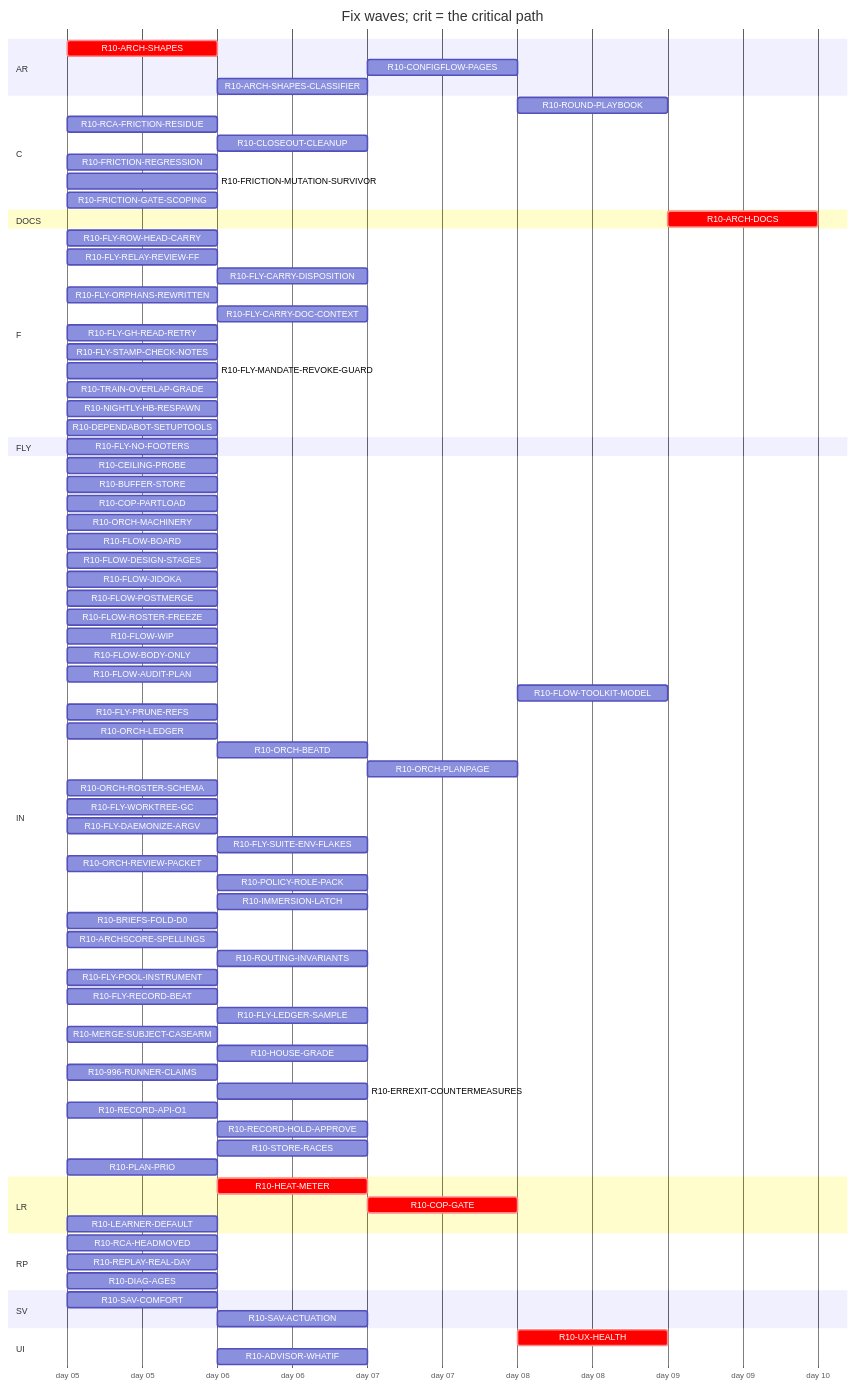
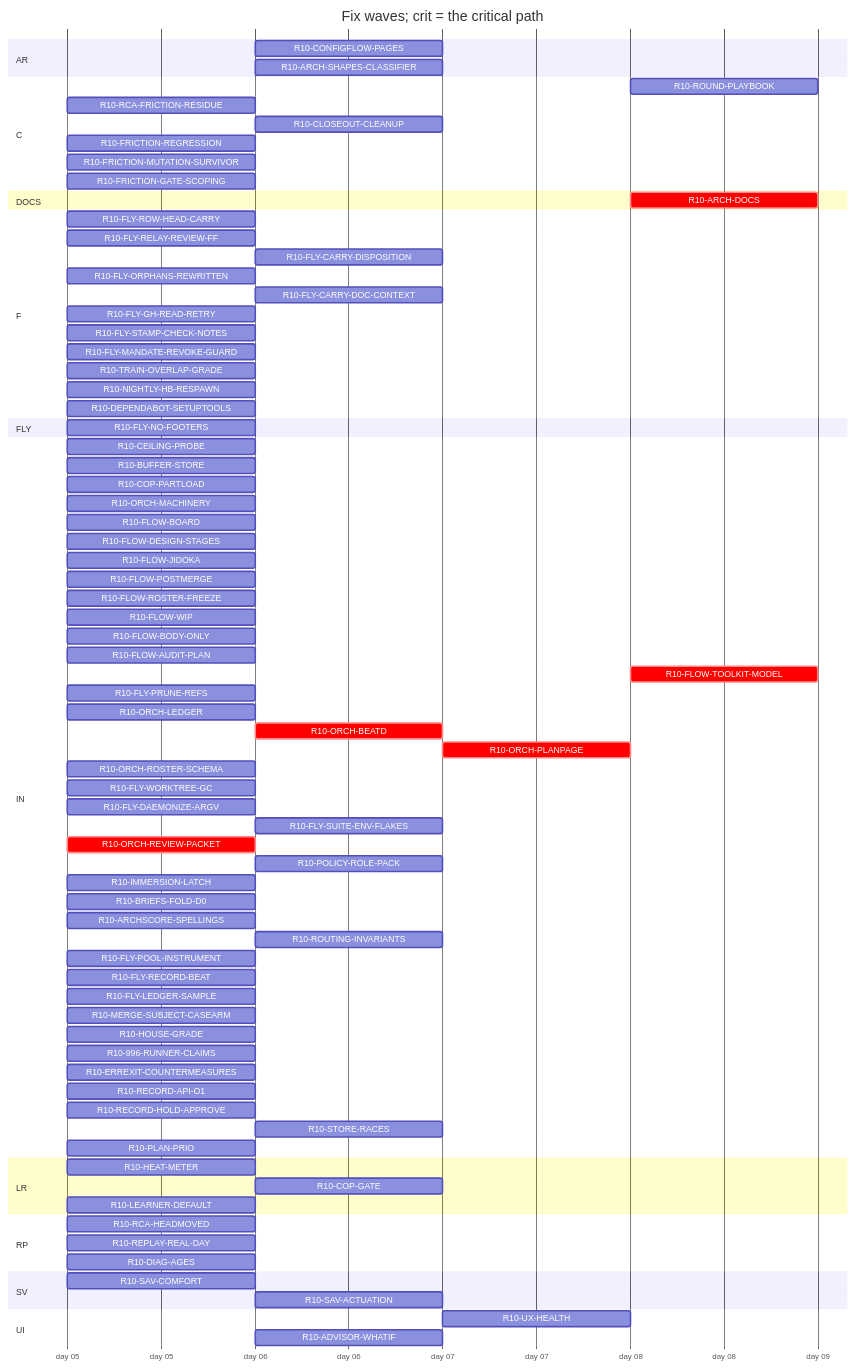
Before and after one commit to tvofi/heatpump_optimizer: the diagram in handoff/round10/state/PLAN-TABLE.md, drawn with Mermaid. The commit also changed other lines of this file and 2 other files, not shown here.

````diff
--- a/handoff/round10/state/PLAN-TABLE.md
+++ b/handoff/round10/state/PLAN-TABLE.md
@@ -26,9 +26,8 @@
   dateFormat YYYY-MM-DD
   axisFormat day %d
   section AR
-    R10-ARCH-SHAPES :crit, r10ARCHSHAPES, 2026-01-05, 1d
     R10-CONFIGFLOW-PAGES :r10CONFIGFLOWPAGES, after r10HEATMETER, 1d
-    R10-ARCH-SHAPES-CLASSIFIER :r10ARCHSHAPESCLASSIFIER, after r10996RUNNERCLAIMS r10ARCHSHAPES, 1d
+    R10-ARCH-SHAPES-CLASSIFIER :r10ARCHSHAPESCLASSIFIER, after r10996RUNNERCLAIMS, 1d
   section C
     R10-ROUND-PLAYBOOK :r10ROUNDPLAYBOOK, after r10FLOWAUDITPLAN r10ORCHLEDGER r10ORCHBEATD r10ORCHPLANPAGE r10FLYRELAYREVIEWFF r10FLOWROSTERFREEZE r10FLOWBODYONLY, 1d
     R10-RCA-FRICTION-RESIDUE :r10RCAFRICTIONRESIDUE, 2026-01-05, 1d
@@ -37,7 +36,7 @@
     R10-FRICTION-MUTATION-SURVIVOR :r10FRICTIONMUTATIONSURVIVOR, 2026-01-05, 1d
     R10-FRICTION-GATE-SCOPING :r10FRICTIONGATESCOPING, 2026-01-05, 1d
   section DOCS
-    R10-ARCH-DOCS :crit, r10ARCHDOCS, after r10ARCHSHAPES r10HEATMETER r10COPGATE r10UXHEALTH r10CONFIGFLOWPAGES r10RCAHEADMOVED r10SAVCOMFORT r10CEILINGPROBE r10BUFFERSTORE r10COPPARTLOAD r10LEARNERDEFAULT r10FLOWBOARD r10FLOWDESIGNSTAGES r10FLOWJIDOKA r10FLOWPOSTMERGE r10FLOWROSTERFREEZE r10FLOWWIP r10FLOWBODYONLY r10FLYROWHEADCARRY r10FLOWAUDITPLAN r10FLYRELAYREVIEWFF r10FLYCARRYDISPOSITION r10FLYORPHANSREWRITTEN r10FLYCARRYDOCCONTEXT r10FLOWTOOLKITMODEL r10FLYSTAMPCHECKNOTES r10FLYMANDATEREVOKEGUARD r10RCAFRICTIONRESIDUE r10TRAINOVERLAPGRADE r10NIGHTLYHBRESPAWN r10FLYPRUNEREFS r10ORCHLEDGER r10ORCHBEATD r10ORCHPLANPAGE r10ORCHROSTERSCHEMA r10FLYWORKTREEGC r10FLYDAEMONIZEARGV r10ORCHREVIEWPACKET r10POLICYROLEPACK r10IMMERSIONLATCH r10BRIEFSFOLDD0 r10REPLAYREALDAY r10ARCHSCORESPELLINGS r10SAVACTUATION r10FLYLEDGERSAMPLE, 1d
+    R10-ARCH-DOCS :crit, r10ARCHDOCS, after r10HEATMETER r10COPGATE r10UXHEALTH r10CONFIGFLOWPAGES r10RCAHEADMOVED r10SAVCOMFORT r10CEILINGPROBE r10BUFFERSTORE r10COPPARTLOAD r10LEARNERDEFAULT r10FLOWBOARD r10FLOWDESIGNSTAGES r10FLOWJIDOKA r10FLOWPOSTMERGE r10FLOWROSTERFREEZE r10FLOWWIP r10FLOWBODYONLY r10FLYROWHEADCARRY r10FLOWAUDITPLAN r10FLYRELAYREVIEWFF r10FLYCARRYDISPOSITION r10FLYORPHANSREWRITTEN r10FLYCARRYDOCCONTEXT r10FLOWTOOLKITMODEL r10FLYSTAMPCHECKNOTES r10FLYMANDATEREVOKEGUARD r10RCAFRICTIONRESIDUE r10TRAINOVERLAPGRADE r10NIGHTLYHBRESPAWN r10FLYPRUNEREFS r10ORCHLEDGER r10ORCHBEATD r10ORCHPLANPAGE r10ORCHROSTERSCHEMA r10FLYWORKTREEGC r10FLYDAEMONIZEARGV r10ORCHREVIEWPACKET r10POLICYROLEPACK r10IMMERSIONLATCH r10BRIEFSFOLDD0 r10REPLAYREALDAY r10ARCHSCORESPELLINGS r10SAVACTUATION r10FLYLEDGERSAMPLE, 1d
   section F
     R10-FLY-ROW-HEAD-CARRY :r10FLYROWHEADCARRY, 2026-01-05, 1d
     R10-FLY-RELAY-REVIEW-FF :r10FLYRELAYREVIEWFF, 2026-01-05, 1d
@@ -65,35 +64,35 @@
     R10-FLOW-WIP :r10FLOWWIP, 2026-01-05, 1d
     R10-FLOW-BODY-ONLY :r10FLOWBODYONLY, 2026-01-05, 1d
     R10-FLOW-AUDIT-PLAN :r10FLOWAUDITPLAN, 2026-01-05, 1d
-    R10-FLOW-TOOLKIT-MODEL :r10FLOWTOOLKITMODEL, after r10ORCHPLANPAGE, 1d
+    R10-FLOW-TOOLKIT-MODEL :crit, r10FLOWTOOLKITMODEL, after r10ORCHPLANPAGE, 1d
     R10-FLY-PRUNE-REFS :r10FLYPRUNEREFS, 2026-01-05, 1d
     R10-ORCH-LEDGER :r10ORCHLEDGER, 2026-01-05, 1d
-    R10-ORCH-BEATD :r10ORCHBEATD, after r10ORCHREVIEWPACKET r10FLOWROSTERFREEZE, 1d
-    R10-ORCH-PLANPAGE :r10ORCHPLANPAGE, after r10ORCHBEATD, 1d
+    R10-ORCH-BEATD :crit, r10ORCHBEATD, after r10ORCHREVIEWPACKET r10FLOWROSTERFREEZE, 1d
+    R10-ORCH-PLANPAGE :crit, r10ORCHPLANPAGE, after r10ORCHBEATD, 1d
     R10-ORCH-ROSTER-SCHEMA :r10ORCHROSTERSCHEMA, 2026-01-05, 1d
     R10-FLY-WORKTREE-GC :r10FLYWORKTREEGC, 2026-01-05, 1d
     R10-FLY-DAEMONIZE-ARGV :r10FLYDAEMONIZEARGV, 2026-01-05, 1d
     R10-FLY-SUITE-ENV-FLAKES :r10FLYSUITEENVFLAKES, after r10SAVCOMFORT, 1d
-    R10-ORCH-REVIEW-PACKET :r10ORCHREVIEWPACKET, 2026-01-05, 1d
+    R10-ORCH-REVIEW-PACKET :crit, r10ORCHREVIEWPACKET, 2026-01-05, 1d
     R10-POLICY-ROLE-PACK :r10POLICYROLEPACK, after r10FLOWDESIGNSTAGES, 1d
-    R10-IMMERSION-LATCH :r10IMMERSIONLATCH, after r10ARCHSHAPES, 1d
+    R10-IMMERSION-LATCH :r10IMMERSIONLATCH, 2026-01-05, 1d
     R10-BRIEFS-FOLD-D0 :r10BRIEFSFOLDD0, 2026-01-05, 1d
     R10-ARCHSCORE-SPELLINGS :r10ARCHSCORESPELLINGS, 2026-01-05, 1d
     R10-ROUTING-INVARIANTS :r10ROUTINGINVARIANTS, after r10ORCHROSTERSCHEMA, 1d
     R10-FLY-POOL-INSTRUMENT :r10FLYPOOLINSTRUMENT, 2026-01-05, 1d
     R10-FLY-RECORD-BEAT :r10FLYRECORDBEAT, 2026-01-05, 1d
-    R10-FLY-LEDGER-SAMPLE :r10FLYLEDGERSAMPLE, after r10ARCHSHAPES, 1d
+    R10-FLY-LEDGER-SAMPLE :r10FLYLEDGERSAMPLE, 2026-01-05, 1d
     R10-MERGE-SUBJECT-CASEARM :r10MERGESUBJECTCASEARM, 2026-01-05, 1d
-    R10-HOUSE-GRADE :r10HOUSEGRADE, after r10ARCHSHAPES, 1d
+    R10-HOUSE-GRADE :r10HOUSEGRADE, 2026-01-05, 1d
     R10-996-RUNNER-CLAIMS :r10996RUNNERCLAIMS, 2026-01-05, 1d
-    R10-ERREXIT-COUNTERMEASURES :r10ERREXITCOUNTERMEASURES, after r10ARCHSHAPES, 1d
+    R10-ERREXIT-COUNTERMEASURES :r10ERREXITCOUNTERMEASURES, 2026-01-05, 1d
     R10-RECORD-API-O1 :r10RECORDAPIO1, 2026-01-05, 1d
-    R10-RECORD-HOLD-APPROVE :r10RECORDHOLDAPPROVE, after r10ARCHSHAPES, 1d
+    R10-RECORD-HOLD-APPROVE :r10RECORDHOLDAPPROVE, 2026-01-05, 1d
     R10-STORE-RACES :r10STORERACES, after r10BUFFERSTORE, 1d
     R10-PLAN-PRIO :r10PLANPRIO, 2026-01-05, 1d
   section LR
-    R10-HEAT-METER :crit, r10HEATMETER, after r10ARCHSHAPES, 1d
-    R10-COP-GATE :crit, r10COPGATE, after r10HEATMETER, 1d
+    R10-HEAT-METER :r10HEATMETER, 2026-01-05, 1d
+    R10-COP-GATE :r10COPGATE, after r10HEATMETER, 1d
     R10-LEARNER-DEFAULT :r10LEARNERDEFAULT, 2026-01-05, 1d
   section RP
     R10-RCA-HEADMOVED :r10RCAHEADMOVED, 2026-01-05, 1d
@@ -103,6 +102,6 @@
     R10-SAV-COMFORT :r10SAVCOMFORT, 2026-01-05, 1d
     R10-SAV-ACTUATION :r10SAVACTUATION, after r10SAVCOMFORT, 1d
   section UI
-    R10-UX-HEALTH :crit, r10UXHEALTH, after r10COPGATE r10HEATMETER r10SAVCOMFORT, 1d
+    R10-UX-HEALTH :r10UXHEALTH, after r10COPGATE r10HEATMETER r10SAVCOMFORT, 1d
     R10-ADVISOR-WHATIF :r10ADVISORWHATIF, after r10SAVCOMFORT, 1d
 ```
````
